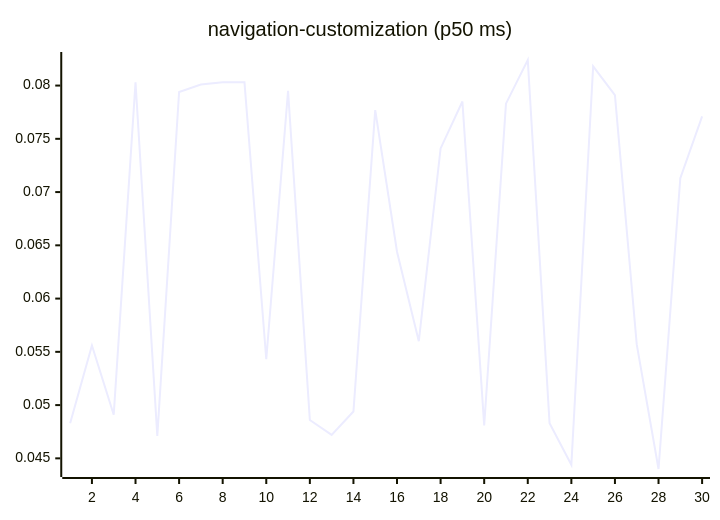
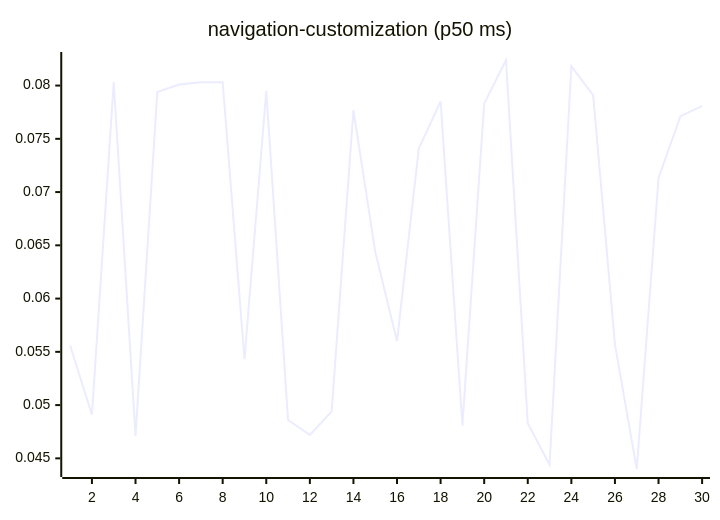
One commit to josha/Facet changed diagram 15 of 27 in README.md. Above: the diagram before and after it, drawn with Mermaid. The commit also changed other lines of this file and 2 other files, not shown here.

````diff
--- a/README.md
+++ b/README.md
@@ -161,6 +161,6 @@
 ```mermaid
 xychart-beta
     title "navigation-customization (p50 ms)"
     x-axis 1 --> 30
-    line [0.0483, 0.0556, 0.0491, 0.0803, 0.0471, 0.0794, 0.0801, 0.0803, 0.0803, 0.0543, 0.0795, 0.0486, 0.0472, 0.0494, 0.0777, 0.0644, 0.0560, 0.0741, 0.0785, 0.0481, 0.0783, 0.0824, 0.0483, 0.0444, 0.0818, 0.0791, 0.0557, 0.0440, 0.0713, 0.0771]
+    line [0.0556, 0.0491, 0.0803, 0.0471, 0.0794, 0.0801, 0.0803, 0.0803, 0.0543, 0.0795, 0.0486, 0.0472, 0.0494, 0.0777, 0.0644, 0.0560, 0.0741, 0.0785, 0.0481, 0.0783, 0.0824, 0.0483, 0.0444, 0.0818, 0.0791, 0.0557, 0.0440, 0.0713, 0.0771, 0.0781]
 ```
````
